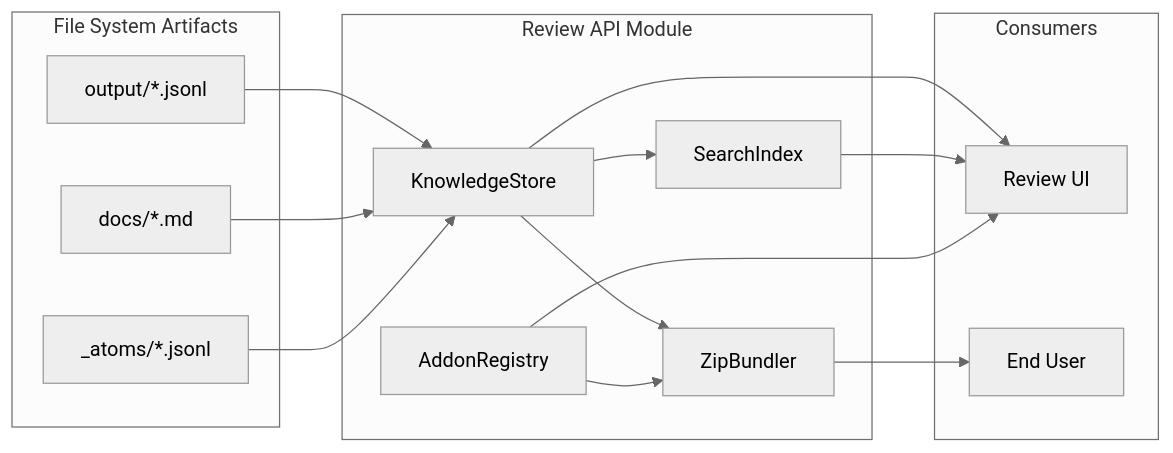
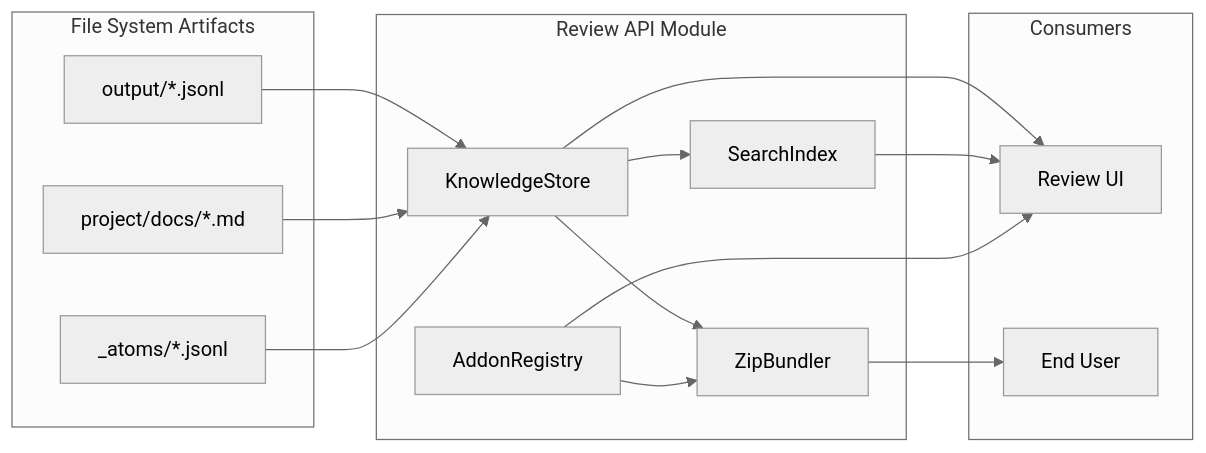
One commit to smwitkowski/chatgpt-conversation-knowledge-exporter changed the second of 2 diagrams in docs/review-api.md. Above: the diagram before and after it, drawn with Mermaid (neutral theme). The commit also changed other lines of this file and 15 other files, not shown here.

````diff
--- a/docs/review-api.md
+++ b/docs/review-api.md
@@ -112,33 +112,33 @@
 ```mermaid
 flowchart LR
     subgraph FileSystem [File System Artifacts]
         Output[output/*.jsonl]
-        Docs[docs/*.md]
+        Docs[project/docs/*.md]
         Atoms[_atoms/*.jsonl]
     end
 
     subgraph ReviewAPI [Review API Module]
         Store[KnowledgeStore]
         Search[SearchIndex]
         Bundler[ZipBundler]
         Addons[AddonRegistry]
     end
 
     subgraph Consumers
         UI[Review UI]
         User[End User]
     end
 
     Output --> Store
     Docs --> Store
     Atoms --> Store
 
     Store --> Search
     Store --> Bundler
     Addons --> Bundler
 
     Store --> UI
     Search --> UI
     Addons --> UI
     Bundler --> User
 ```
````
